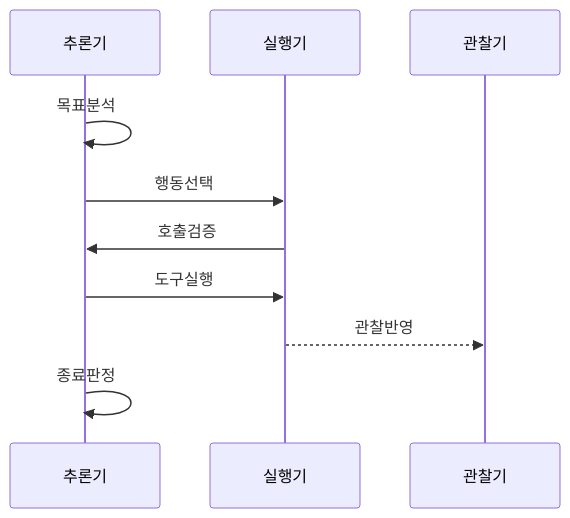
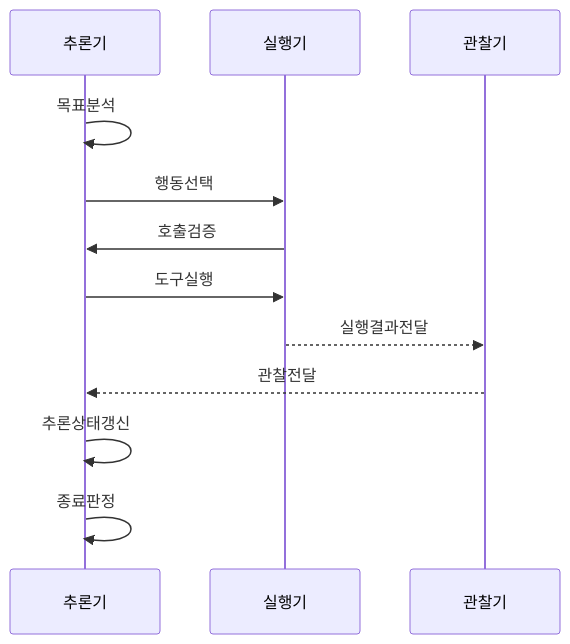
Before and after one commit to agnusdei1207/knowledge-base: the diagram in src/content/docs/notes/08-latest-tech/003_reasoning_and_acting.md, drawn with Mermaid. The commit also changed other lines of this file and 27 other files, not shown here.

````diff
--- a/src/content/docs/notes/08-latest-tech/003_reasoning_and_acting.md
+++ b/src/content/docs/notes/08-latest-tech/003_reasoning_and_acting.md
@@ -68,12 +68,14 @@
 ```mermaid
 sequenceDiagram
     participant R as 추론기
     participant A as 실행기
     participant O as 관찰기
     R->>R: 목표분석
     R->>A: 행동선택
     A->>R: 호출검증
     R->>A: 도구실행
-    A-->>O: 관찰반영
+    A-->>O: 실행결과전달
+    O-->>R: 관찰전달
+    R->>R: 추론상태갱신
     R->>R: 종료판정
 ```
````
